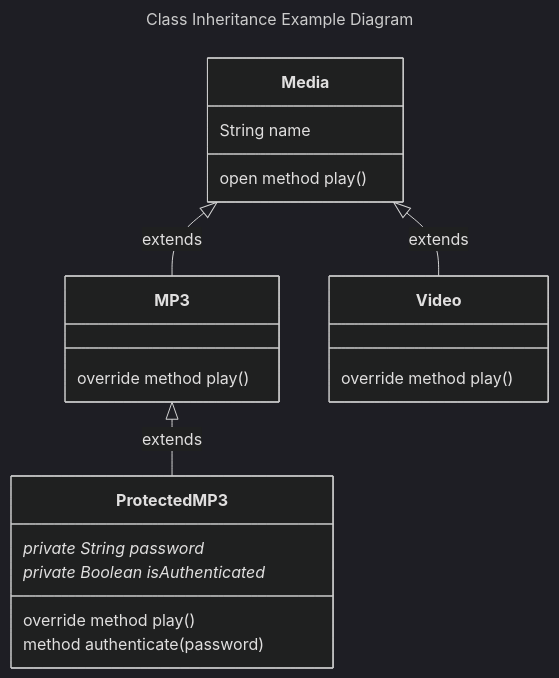
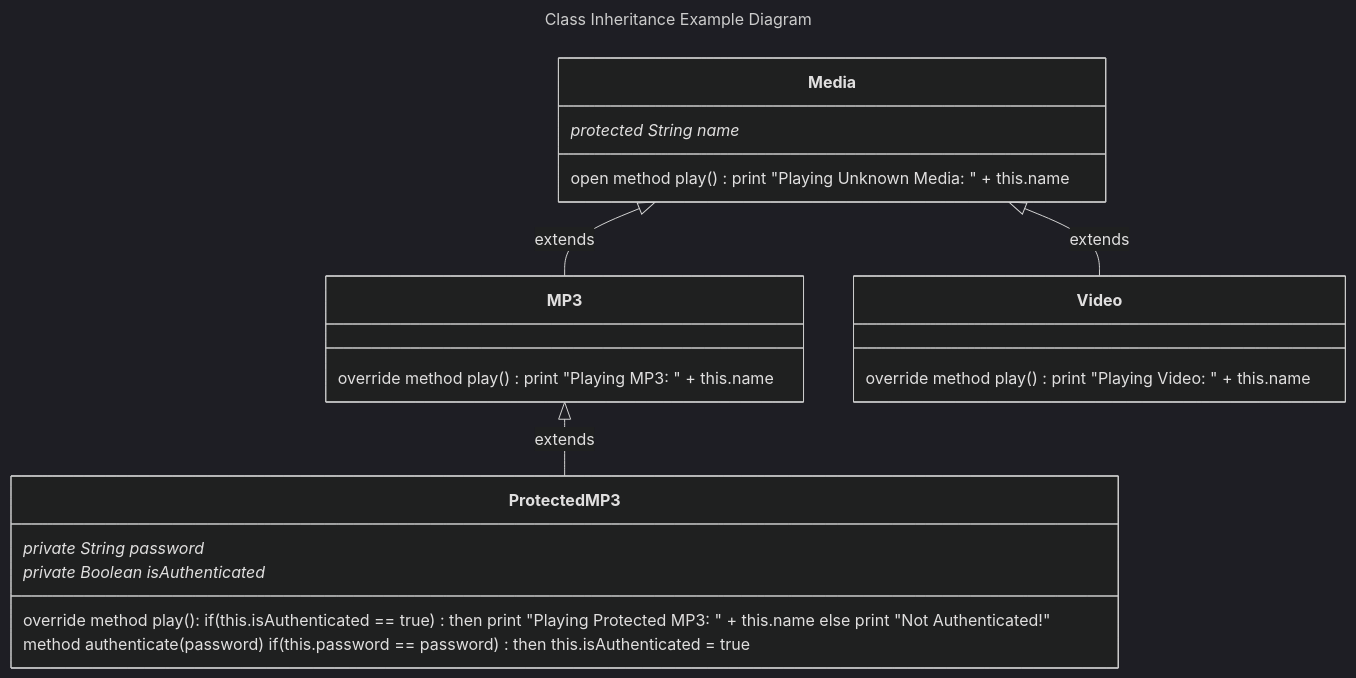
One commit to realityexpander/How_to_program_from_ground_up changed the fifth of 8 diagrams in 09-ClassOrientedProgramming.md. Above: the diagram before and after it, drawn with Mermaid (dark theme).

Commit message:
improve COP

````diff
--- a/09-ClassOrientedProgramming.md
+++ b/09-ClassOrientedProgramming.md
@@ -509,29 +509,29 @@
     ```mermaid
     ---
     title: Class Inheritance Example Diagram
       
     ---
     classDiagram
     direction TB
     Media <|-- MP3 : extends
     Media <|-- Video : extends
     MP3 <|-- ProtectedMP3 : extends      
       
     class Media {
-       String name
-       open method play()
+       protected String name*
+       open method play() print "Playing Unknown Media: " + this.name
     }
     class MP3 {
-       override method play()
+       override method play() print "Playing MP3: " + this.name
     }
     class Video {
-       override method play()
+       override method play() print "Playing Video: " + this.name
     }
     class ProtectedMP3 {
        private String password*
        private Boolean isAuthenticated*
       
-       override method play()
-       method authenticate(password)
+       override method play(): if(this.isAuthenticated == true) then print "Playing Protected MP3: " + this.name else print "Not Authenticated!"
+       method authenticate(password) if(this.password == password) then this.isAuthenticated = true
     }
     ```
````
